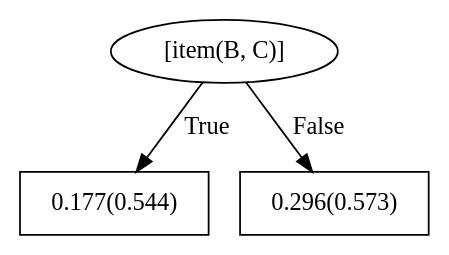
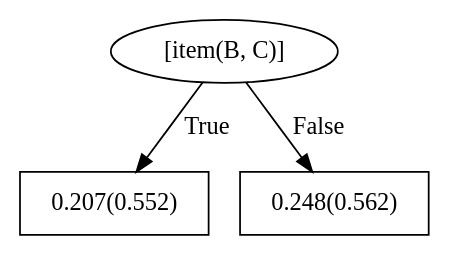
The diagram in boosted_bandit/trial2/train/models/bRDNs/dotFiles/WILLTreeFor_recommendation5.dot (vnagpal25/BEACON), drawn with Graphviz before and after one commit. The commit also changed 255 other files, not shown here.

```diff
--- a/boosted_bandit/trial2/train/models/bRDNs/dotFiles/WILLTreeFor_recommendation5.dot
+++ b/boosted_bandit/trial2/train/models/bRDNs/dotFiles/WILLTreeFor_recommendation5.dot
@@ -1,7 +1,7 @@
 digraph G{ 
 1[label = "[item(B, C)]"];
 1 -> 2[label="True"];
 1 -> 3[label="False"];
-2[shape = box,label = "0.177(0.544)"];
-3[shape = box,label = "0.296(0.573)"];
+2[shape = box,label = "0.207(0.552)"];
+3[shape = box,label = "0.248(0.562)"];
 }
```
